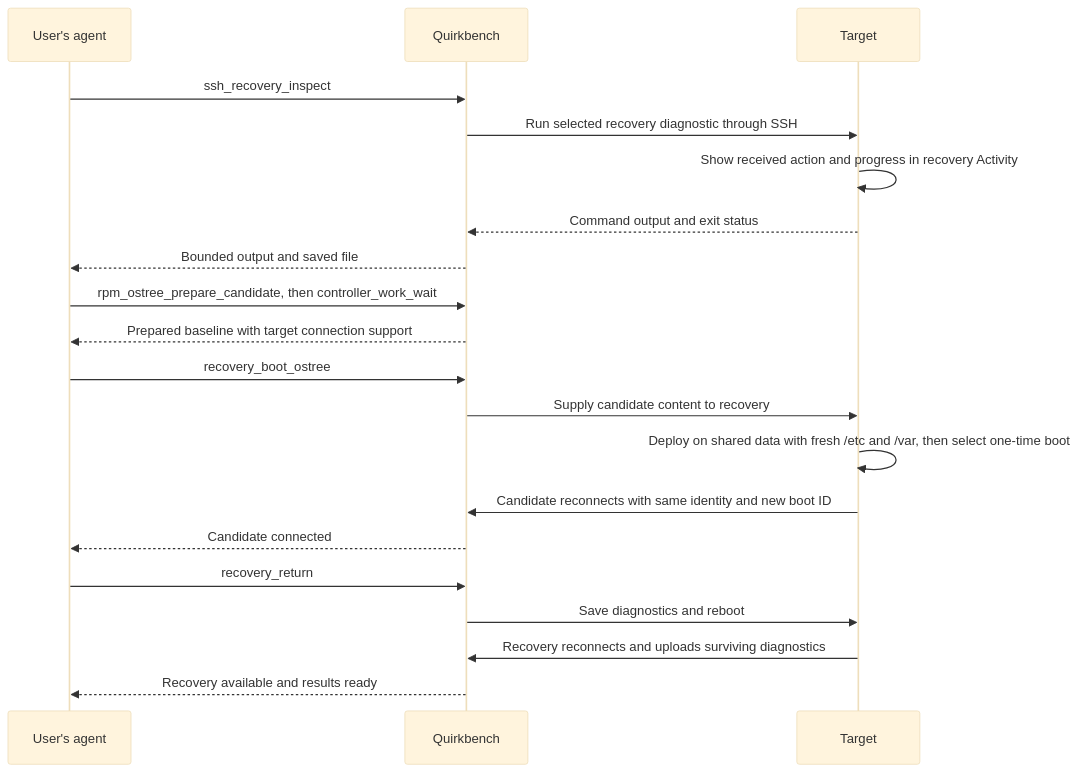
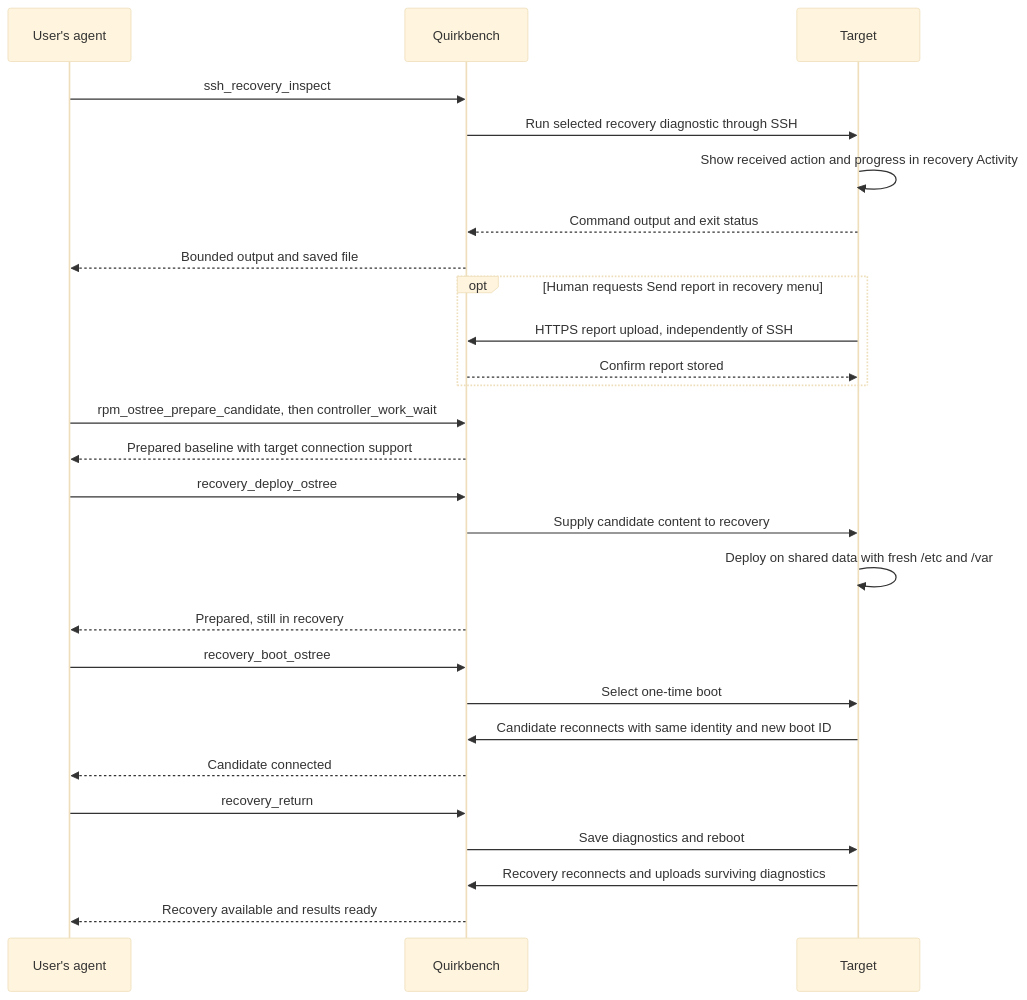
The second of 5 diagrams in docs/designs/component-sequence.md (esper256/quirkbench), drawn with Mermaid (base theme) before and after one commit. The commit also changed other lines of this file and 41 other files, not shown here.

Commit message:
Complete candidate command journey and improve recovery diagnostics

````diff
--- a/docs/designs/component-sequence.md
+++ b/docs/designs/component-sequence.md
@@ -30,22 +30,29 @@
 ```mermaid
 sequenceDiagram
     participant Agent as User's agent
     participant Quirkbench
     participant Target
     Agent->>Quirkbench: ssh_recovery_inspect
     Quirkbench->>Target: Run selected recovery diagnostic through SSH
     Target->>Target: Show received action and progress in recovery Activity
     Target-->>Quirkbench: Command output and exit status
     Quirkbench-->>Agent: Bounded output and saved file
+    opt Human requests Send report in recovery menu
+        Target->>Quirkbench: HTTPS report upload, independently of SSH
+        Quirkbench-->>Target: Confirm report stored
+    end
     Agent->>Quirkbench: rpm_ostree_prepare_candidate, then controller_work_wait
     Quirkbench-->>Agent: Prepared baseline with target connection support
+    Agent->>Quirkbench: recovery_deploy_ostree
+    Quirkbench->>Target: Supply candidate content to recovery
+    Target->>Target: Deploy on shared data with fresh /etc and /var
+    Quirkbench-->>Agent: Prepared, still in recovery
     Agent->>Quirkbench: recovery_boot_ostree
-    Quirkbench->>Target: Supply candidate content to recovery
-    Target->>Target: Deploy on shared data with fresh /etc and /var, then select one-time boot
+    Quirkbench->>Target: Select one-time boot
     Target->>Quirkbench: Candidate reconnects with same identity and new boot ID
     Quirkbench-->>Agent: Candidate connected
     Agent->>Quirkbench: recovery_return
     Quirkbench->>Target: Save diagnostics and reboot
     Target->>Quirkbench: Recovery reconnects and uploads surviving diagnostics
     Quirkbench-->>Agent: Recovery available and results ready
 ```
````
